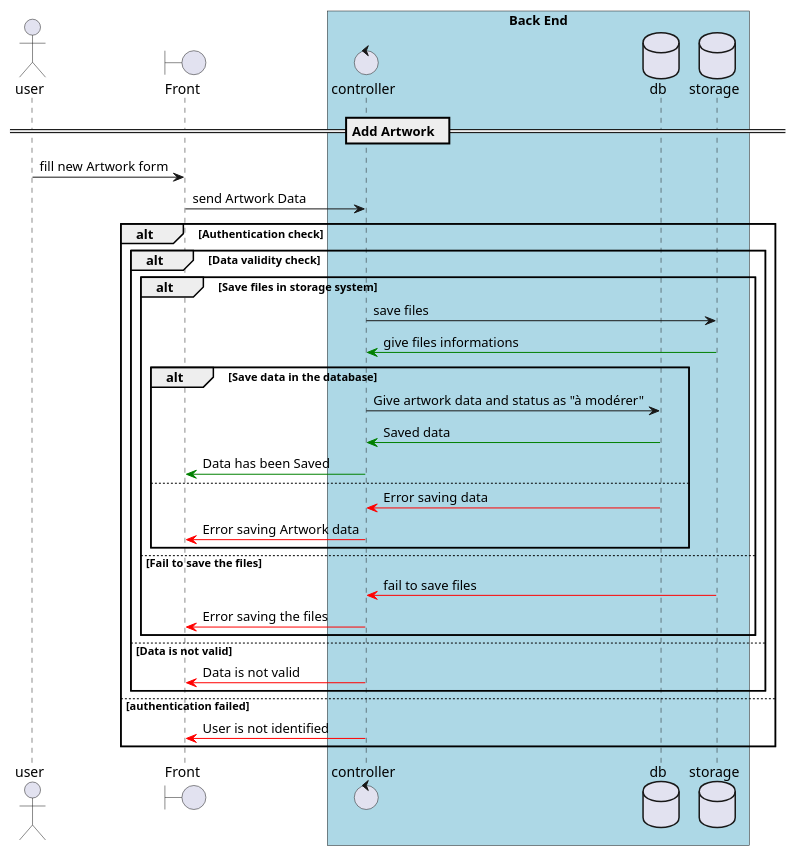
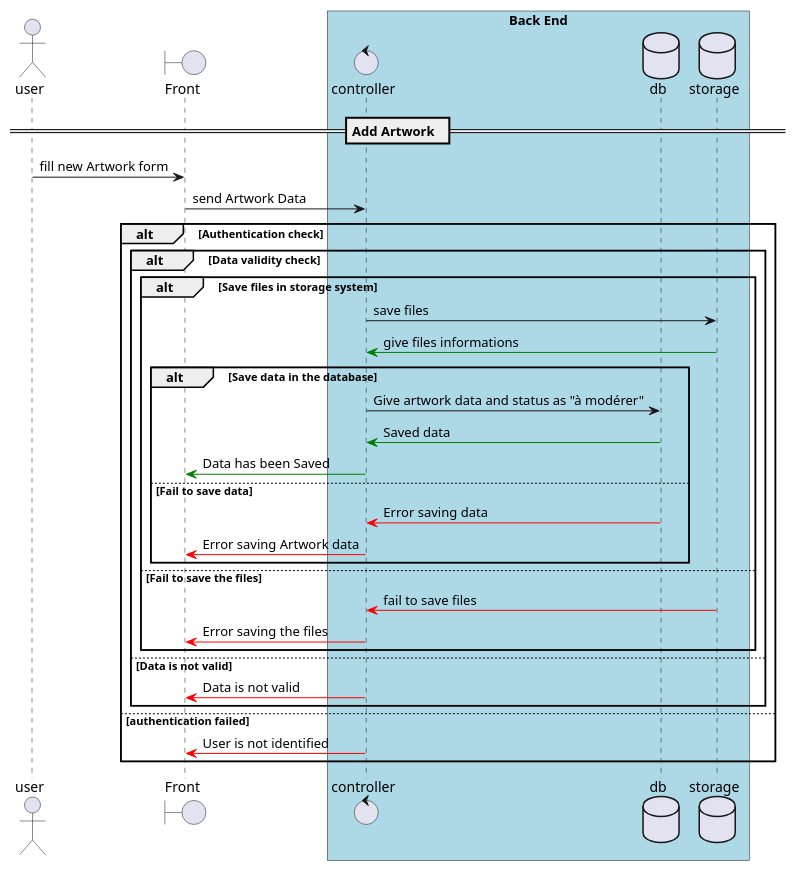
Before and after one commit to Anthony-Jhoiro/BibloDoc: the diagram in scenarios/addArtwork.puml, drawn with PlantUML.

Commit message:
Add missing tag

```diff
--- a/scenarios/addArtwork.puml
+++ b/scenarios/addArtwork.puml
@@ -1,43 +1,43 @@
 @startuml Add Artwork
 actor user
 boundary Front
 box "Back End" #LightBlue
 control controller
 database db
 database storage
 end box
 
 == Add Artwork  ==
 user -> Front : fill new Artwork form
 Front -> controller : send Artwork Data
 
 alt Authentication check
     alt Data validity check
         alt Save files in storage system
             controller -> storage : save files
             storage -[#green]> controller : give files informations
 
             alt Save data in the database
                 controller -> db : Give artwork data and status as "à modérer"
                 db -[#green]> controller : Saved data
                 controller -[#green]> Front : Data has been Saved
-            else
+            else Fail to save data
                 db -[#red]> controller : Error saving data
                 controller -[#red]> Front : Error saving Artwork data
             end
         else Fail to save the files
             storage -[#red]> controller : fail to save files
             controller -[#red]> Front : Error saving the files
         end        
 
     else Data is not valid
         controller -[#red]> Front : Data is not valid
     end
 
 else authentication failed
     controller -[#red]> Front : User is not identified
 end
 
 
 
 @enduml
```
